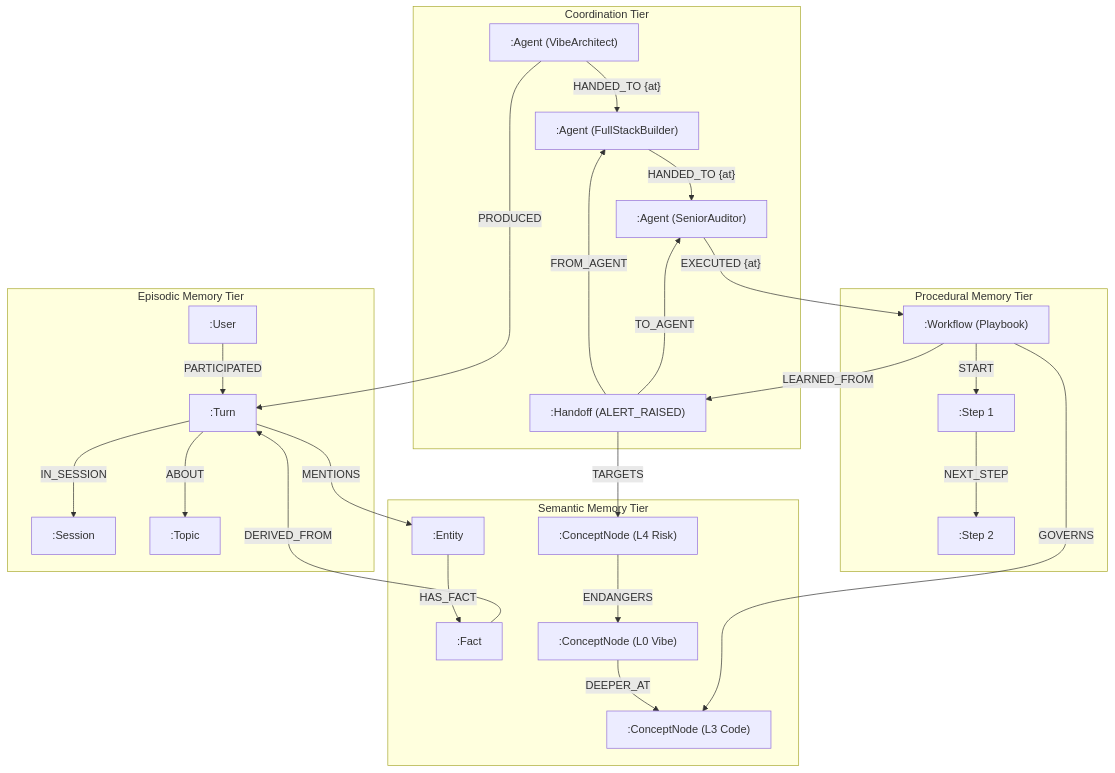
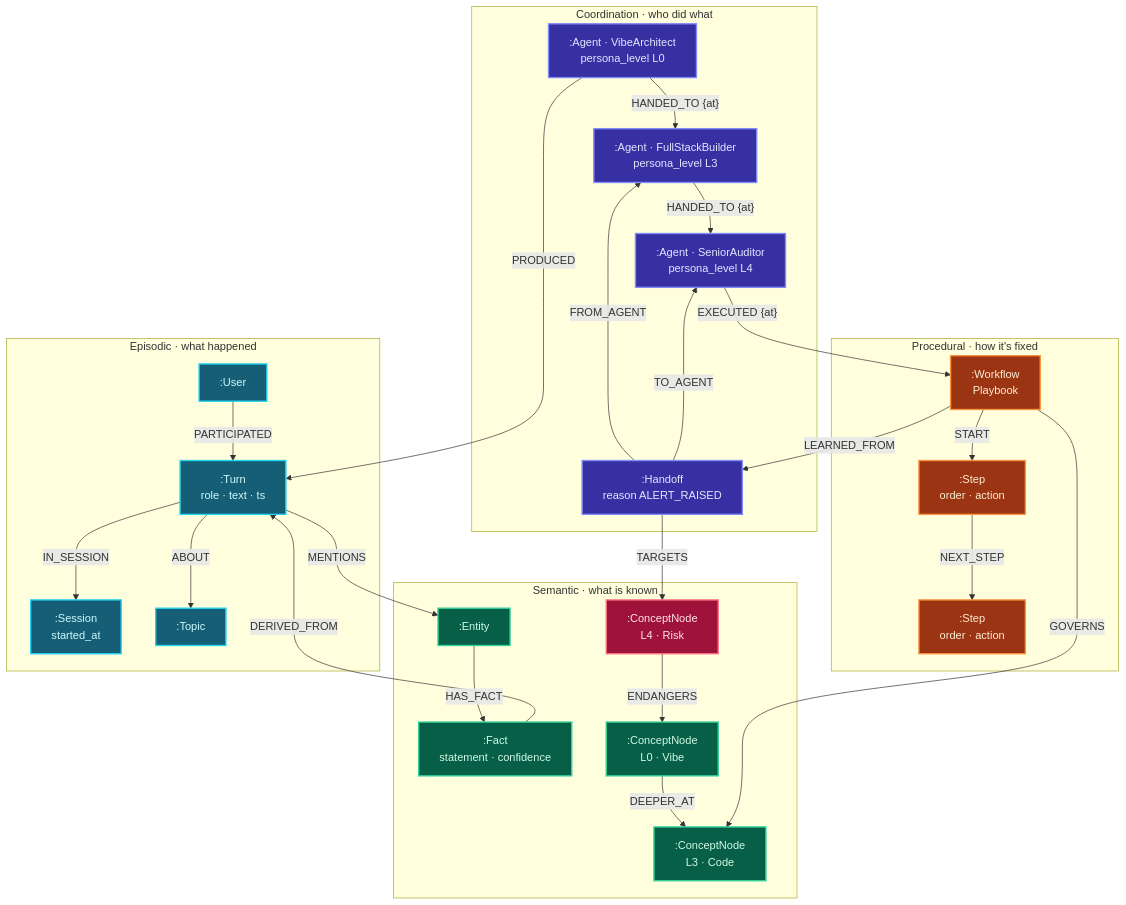
Before and after one commit to shyler-web/GraphHacks: the diagram in README.md, drawn with Mermaid. The commit also changed other lines of this file and 4 other files, not shown here.

First line of the commit message:
docs(arch): refresh C4 diagrams to current stack + beautify README graph model

````diff
--- a/README.md
+++ b/README.md
@@ -78,50 +78,67 @@
 ```mermaid
 flowchart TD
-    subgraph Coordination["Coordination Tier"]
-        A0[":Agent (VibeArchitect)"]
-        A1[":Agent (FullStackBuilder)"]
-        A2[":Agent (SeniorAuditor)"]
-        H[":Handoff (ALERT_RAISED)"]
+    %% ── Coordination tier ─────────────────────────────
+    subgraph COORD["Coordination · who did what"]
+        A0[":Agent · VibeArchitect<br/>persona_level L0"]
+        A1[":Agent · FullStackBuilder<br/>persona_level L3"]
+        A2[":Agent · SeniorAuditor<br/>persona_level L4"]
+        H[":Handoff<br/>reason ALERT_RAISED"]
         A0 -->|"HANDED_TO {at}"| A1
         A1 -->|"HANDED_TO {at}"| A2
         H -->|"FROM_AGENT"| A1
         H -->|"TO_AGENT"| A2
     end
 
-    subgraph Episodic["Episodic Memory Tier"]
+    %% ── Episodic tier ─────────────────────────────────
+    subgraph EPI["Episodic · what happened"]
         U[":User"]
-        S[":Session"]
-        T[":Turn"]
+        S[":Session<br/>started_at"]
+        T[":Turn<br/>role · text · ts"]
         TP[":Topic"]
         U -->|"PARTICIPATED"| T
-        A0 -->|"PRODUCED"| T
         T -->|"IN_SESSION"| S
         T -->|"ABOUT"| TP
     end
 
-    subgraph Semantic["Semantic Memory Tier"]
+    %% ── Semantic tier ─────────────────────────────────
+    subgraph SEM["Semantic · what is known"]
         E[":Entity"]
-        F[":Fact"]
-        C0[":ConceptNode (L0 Vibe)"]
-        C3[":ConceptNode (L3 Code)"]
-        C4[":ConceptNode (L4 Risk)"]
-        T -->|"MENTIONS"| E
+        F[":Fact<br/>statement · confidence"]
+        C0[":ConceptNode<br/>L0 · Vibe"]
+        C3[":ConceptNode<br/>L3 · Code"]
+        C4[":ConceptNode<br/>L4 · Risk"]
         E -->|"HAS_FACT"| F
-        F -->|"DERIVED_FROM"| T
         C0 -->|"DEEPER_AT"| C3
         C4 -->|"ENDANGERS"| C0
     end
 
-    subgraph Procedural["Procedural Memory Tier"]
-        W[":Workflow (Playbook)"]
-        ST1[":Step 1"]
-        ST2[":Step 2"]
+    %% ── Procedural tier ───────────────────────────────
+    subgraph PROC["Procedural · how it's fixed"]
+        W[":Workflow<br/>Playbook"]
+        ST1[":Step<br/>order · action"]
+        ST2[":Step<br/>order · action"]
         W -->|"START"| ST1
         ST1 -->|"NEXT_STEP"| ST2
-        W -->|"LEARNED_FROM"| H
-        A2 -->|"EXECUTED {at}"| W
-        W -->|"GOVERNS"| C3
     end
 
+    %% ── Cross-tier links ──────────────────────────────
+    A0 -->|"PRODUCED"| T
+    T -->|"MENTIONS"| E
+    F -->|"DERIVED_FROM"| T
     H -->|"TARGETS"| C4
+    W -->|"LEARNED_FROM"| H
+    A2 -->|"EXECUTED {at}"| W
+    W -->|"GOVERNS"| C3
+
+    classDef coord fill:#3730a3,stroke:#818cf8,stroke-width:2px,color:#e0e7ff;
+    classDef epi fill:#155e75,stroke:#22d3ee,stroke-width:2px,color:#cffafe;
+    classDef sem fill:#065f46,stroke:#34d399,stroke-width:2px,color:#d1fae5;
+    classDef proc fill:#9a3412,stroke:#fb923c,stroke-width:2px,color:#ffedd5;
+    classDef risk fill:#9f1239,stroke:#fb7185,stroke-width:2px,color:#ffe4e6;
+
+    class A0,A1,A2,H coord;
+    class U,S,T,TP epi;
+    class E,F,C0,C3 sem;
+    class C4 risk;
+    class W,ST1,ST2 proc;
 ```
````
